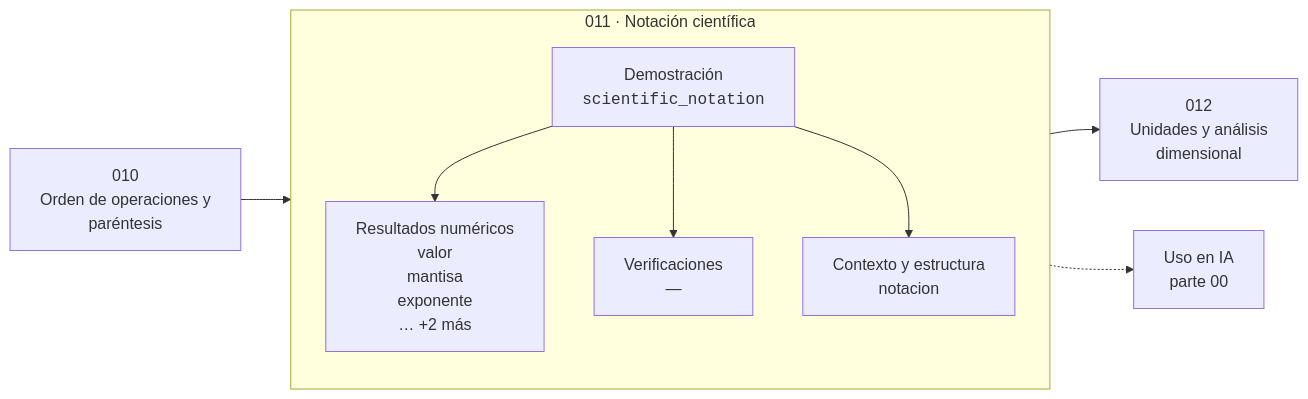
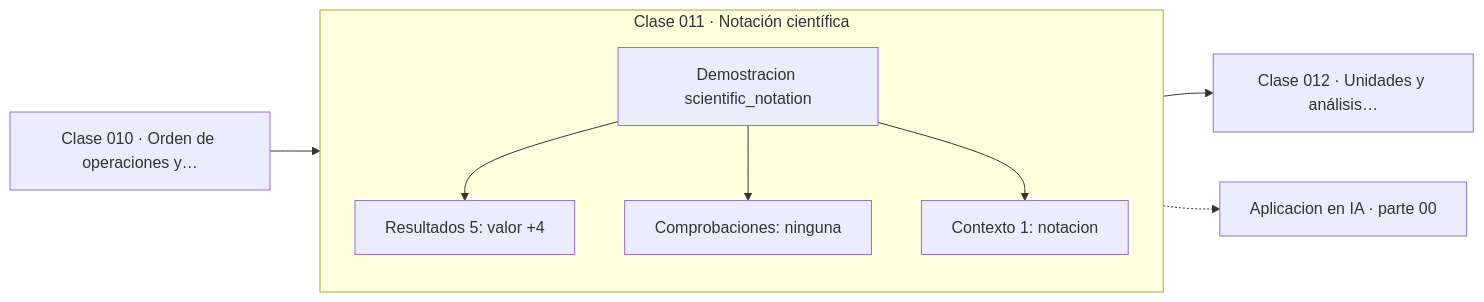
One commit to vladimiracunadev-create/computational-mathematics-program changed the diagram in classes/part-00-pensamiento-matematico-desde-cero/011-notacion-cientifica/README.md. Above: the diagram before and after it, drawn with Mermaid. The commit also changed 389 other files, not shown here.

First line of the commit message:
fix(diagramas): elimina el HTML de las etiquetas Mermaid

````diff
--- a/classes/part-00-pensamiento-matematico-desde-cero/011-notacion-cientifica/README.md
+++ b/classes/part-00-pensamiento-matematico-desde-cero/011-notacion-cientifica/README.md
@@ -35,12 +35,13 @@
 ```mermaid
 flowchart LR
-    P["010<br/>Orden de operaciones y<br/>paréntesis"] --> C
-    subgraph C["011 · Notación científica"]
+    P["Clase 010 · Orden de operaciones y…"] --> D
+    subgraph CLASE["Clase 011 · Notación científica"]
         direction TB
-        D["Demostración<br/><code>scientific_notation</code>"] --> R["Resultados numéricos<br/>valor<br/>mantisa<br/>exponente<br/>… +2 más"]
-        D --> V["Verificaciones<br/>—"]
-        D --> O["Contexto y estructura<br/>notacion"]
+        D["Demostracion scientific_notation"]
+        D --> R["Resultados 5: valor +4"]
+        D --> V["Comprobaciones: ninguna"]
+        D --> O["Contexto 1: notacion"]
     end
-    C --> N["012<br/>Unidades y análisis<br/>dimensional"]
-    C -.-> IA["Uso en IA<br/>parte 00"]
+    R --> N["Clase 012 · Unidades y análisis…"]
+    V -.-> IA["Aplicacion en IA · parte 00"]
 ```
````
